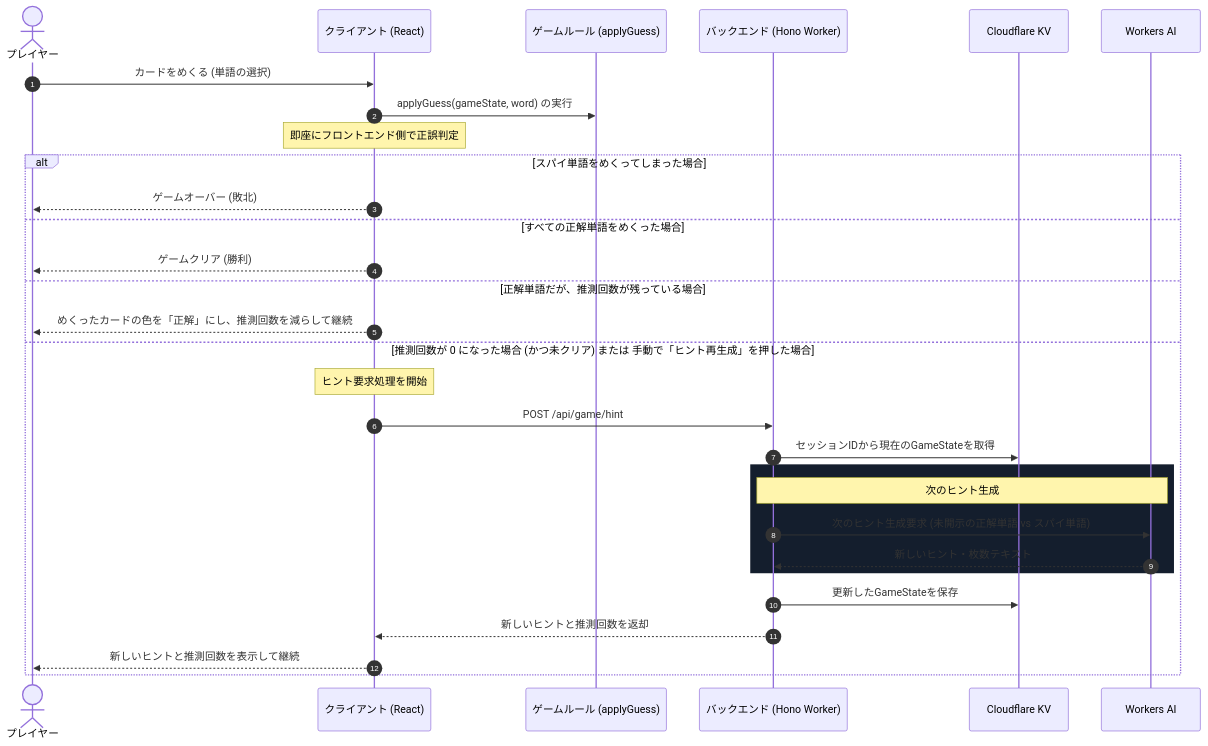
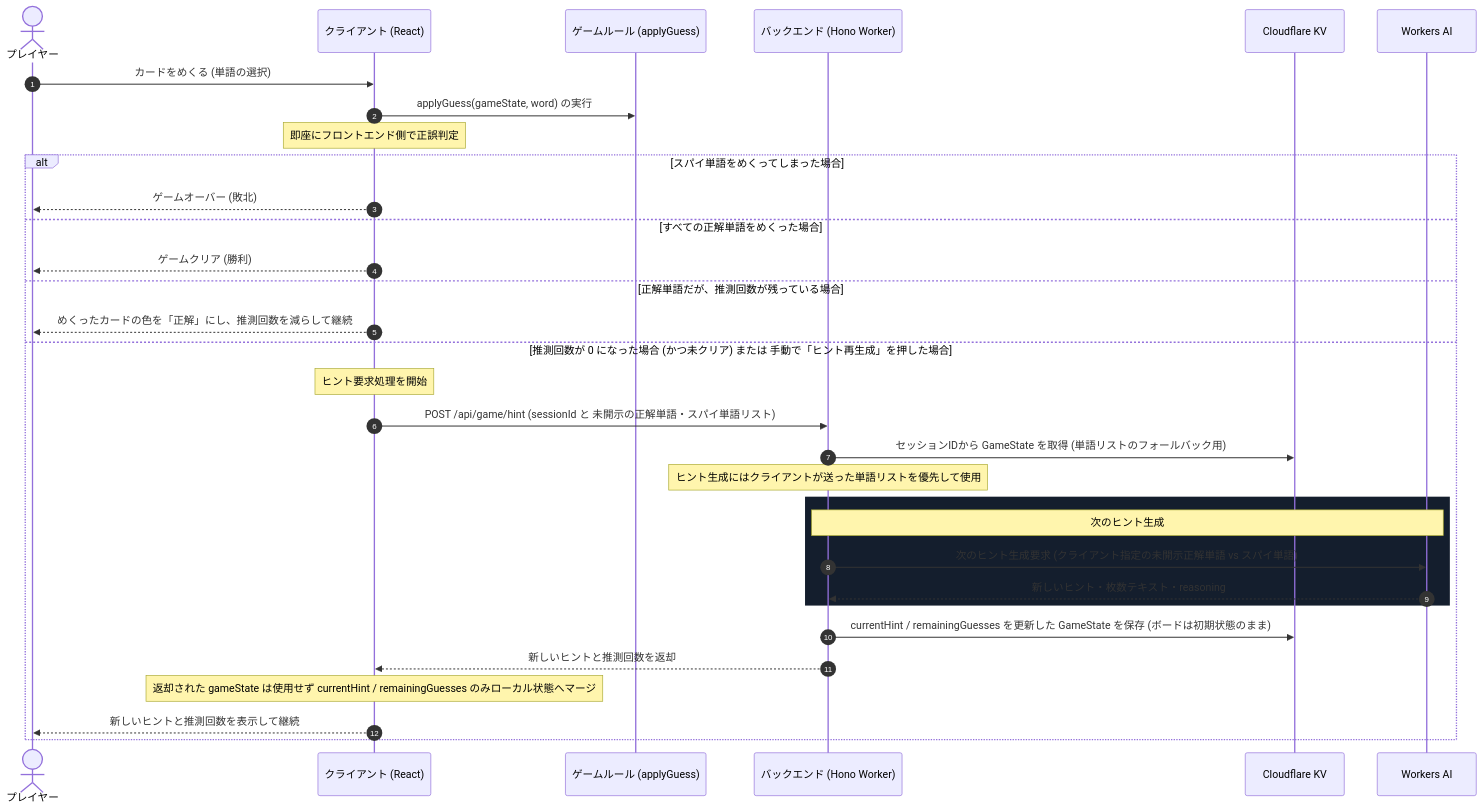
One commit to Eztas/cloude changed the third of 4 diagrams in docs/architecture.md. Above: the diagram before and after it, drawn with Mermaid. The commit also changed other lines of this file, not shown here.

````diff
--- a/docs/architecture.md
+++ b/docs/architecture.md
@@ -129,36 +159,36 @@
 ```mermaid
 sequenceDiagram
     autonumber
     actor User as プレイヤー
     participant Client as クライアント (React)
     participant Rule as ゲームルール (applyGuess)
     participant Worker as バックエンド (Hono Worker)
     participant KV as Cloudflare KV
     participant AI as Workers AI
 
     User ->> Client: カードをめくる (単語の選択)
     Client ->> Rule: applyGuess(gameState, word) の実行
     Note over Client: 即座にフロントエンド側で正誤判定
 
     alt スパイ単語をめくってしまった場合
         Client -->> User: ゲームオーバー (敗北)
     else すべての正解単語をめくった場合
         Client -->> User: ゲームクリア (勝利)
     else 正解単語だが、推測回数が残っている場合
         Client -->> User: めくったカードの色を「正解」にし、推測回数を減らして継続
     else 推測回数が 0 になった場合 (かつ未クリア) または 手動で「ヒント再生成」を押した場合
         Note over Client: ヒント要求処理を開始
-        Client ->> Worker: POST /api/game/hint
-        Worker ->> KV: セッションIDから現在のGameStateを取得
-        
+        Client ->> Worker: POST /api/game/hint (sessionId と 未開示の正解単語・スパイ単語リスト)
+        Worker ->> KV: セッションIDから GameState を取得 (単語リストのフォールバック用)
+        Note over Worker: ヒント生成にはクライアントが送った単語リストを優先して使用
         rect rgb(20, 30, 45)
             Note over Worker, AI: 次のヒント生成
-            Worker ->> AI: 次のヒント生成要求 (未開示の正解単語 vs スパイ単語)
-            AI -->> Worker: 新しいヒント・枚数テキスト
+            Worker ->> AI: 次のヒント生成要求 (クライアント指定の未開示正解単語 vs スパイ単語)
+            AI -->> Worker: 新しいヒント・枚数テキスト・reasoning
         end
-        
-        Worker ->> KV: 更新したGameStateを保存
+        Worker ->> KV: currentHint / remainingGuesses を更新した GameState を保存 (ボードは初期状態のまま)
         Worker -->> Client: 新しいヒントと推測回数を返却
+        Note over Client: 返却された gameState は使用せず currentHint / remainingGuesses のみローカル状態へマージ
         Client -->> User: 新しいヒントと推測回数を表示して継続
     end
 ```
````
